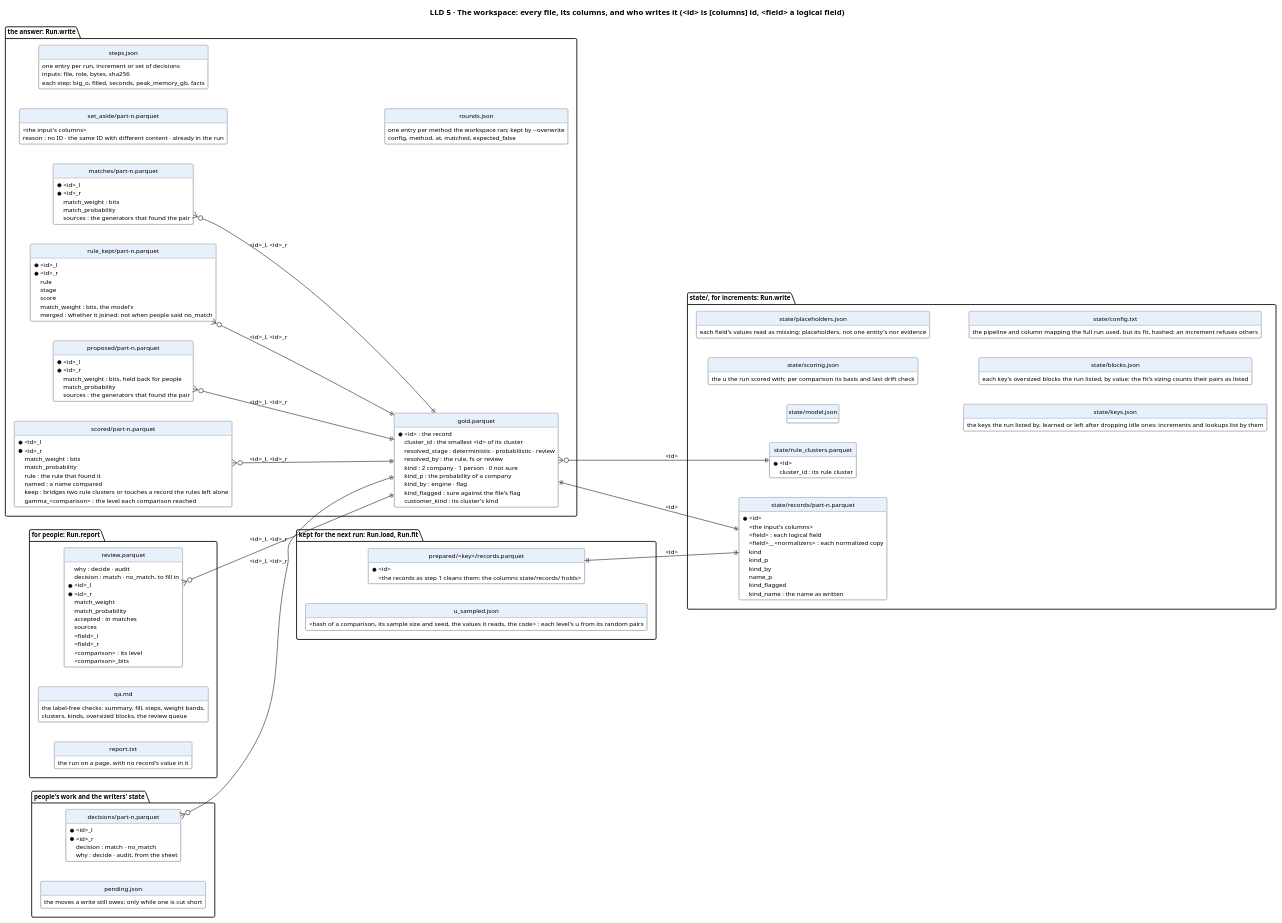
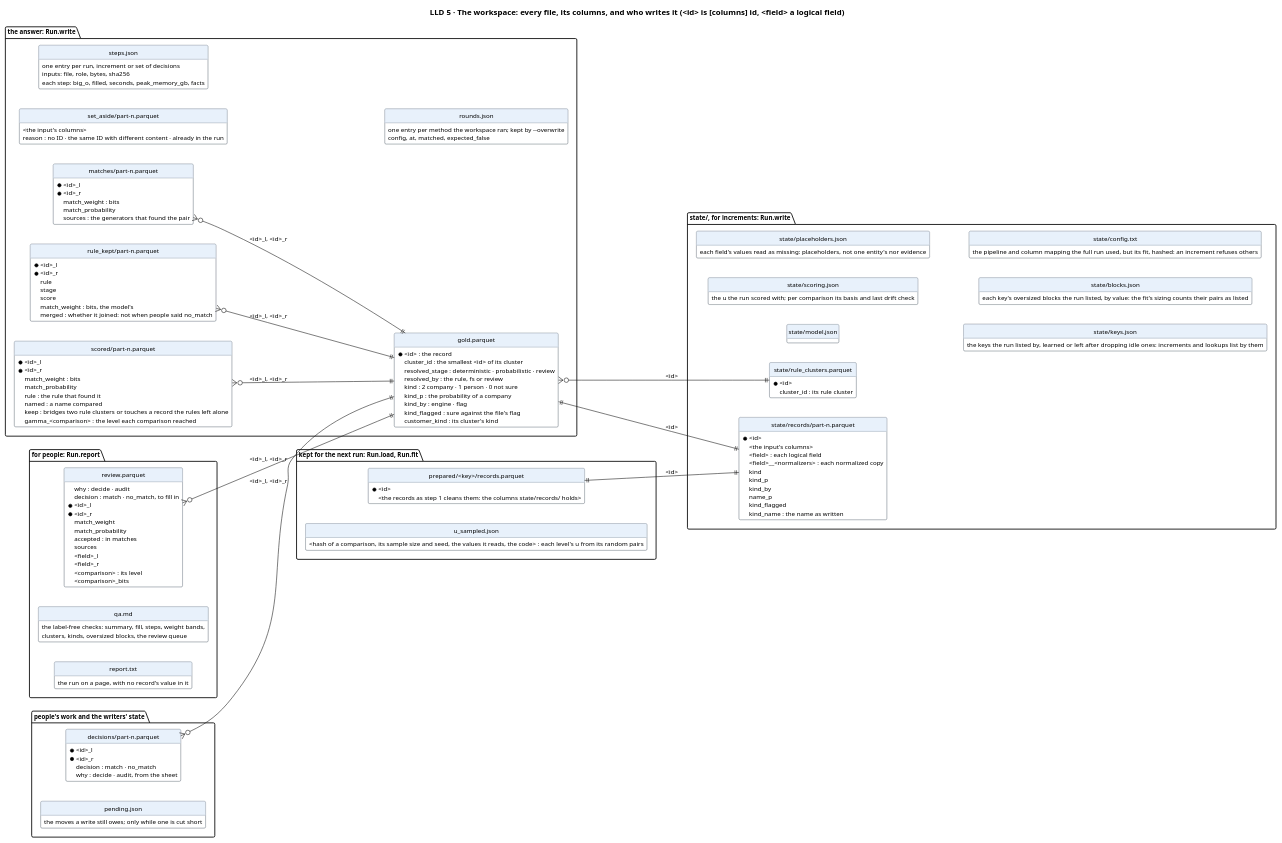
The diagram in docs/diagrams/data.puml (mvsbm/entity_matching), drawn with PlantUML before and after one commit. The commit also changed 30 other files, not shown here.

First line of the commit message:
The method is the pipeline config's and the mapping the settings file's: a workspace's method.toml and columns.toml, the trust line, merge conditions and the proposed pairs go

```diff
--- a/docs/diagrams/data.puml
+++ b/docs/diagrams/data.puml
@@ -1,168 +1,160 @@
 @startuml data
 title LLD 5 · The workspace: every file, its columns, and who writes it (<id> is [columns] id, <field> a logical field)
 set namespaceSeparator none
 left to right direction
 hide circle
 hide methods
 skinparam defaultFontSize 11
 skinparam class {
   BackgroundColor #FFFFFF
   BorderColor #65717E
   HeaderBackgroundColor #E8F1FB
 }
 
 package "the answer: Run.write" {
   entity "gold.parquet" as gold {
     * <id> : the record
     cluster_id : the smallest <id> of its cluster
     resolved_stage : deterministic · probabilistic · review
     resolved_by : the rule, fs or review
     kind : 2 company · 1 person · 0 not sure
     kind_p : the probability of a company
     kind_by : engine · flag
     kind_flagged : sure against the file's flag
     customer_kind : its cluster's kind
   }
   entity "matches/part-n.parquet" as matches {
     * <id>_l
     * <id>_r
     match_weight : bits
     match_probability
     sources : the generators that found the pair
   }
   entity "rule_kept/part-n.parquet" as rule_kept {
     * <id>_l
     * <id>_r
     rule
     stage
     score
     match_weight : bits, the model's
     merged : whether it joined: not when people said no_match
   }
-  entity "proposed/part-n.parquet" as proposed {
-    * <id>_l
-    * <id>_r
-    match_weight : bits, held back for people
-    match_probability
-    sources : the generators that found the pair
-  }
   entity "scored/part-n.parquet" as scored {
     * <id>_l
     * <id>_r
     match_weight : bits
     match_probability
     sources : the generators that found the pair (none: a rule alone)
     rule : the rule that found it
     named : a name compared
     keep : bridges two rule clusters or touches a record the rules left alone
     gamma_<comparison> : the level each comparison reached
   }
   entity "set_aside/part-n.parquet" as set_aside {
     <the input's columns>
     reason : no ID · the same ID with different content · already in the run
   }
   entity "steps.json" as steps {
     one entry per run, increment or set of decisions
     inputs: file, role, bytes, sha256
     each step: big_o, filled, seconds, peak_memory_gb, facts
   }
   entity "rounds.json" as rounds {
     one entry per method the workspace ran; kept by --overwrite
-    config, method, at, matched, expected_false
+    config, at, matched, expected_false
   }
 }
 
 package "state/, for increments: Run.write" {
   entity "state/records/part-n.parquet" as records {
     * <id>
     <the input's columns>
     <field> : each logical field
     <field>__<normalizers> : each normalized copy
     kind
     kind_p
     kind_by
     name_p
     kind_flagged
     kind_name : the name as written
   }
   entity "state/rule_clusters.parquet" as rule_clusters {
     * <id>
     cluster_id : its rule cluster
   }
   entity "state/model.json" as model {
     the model: λ, m and u per level (as Splink 5.0 writes it), the fit's facts
   }
   entity "state/scoring.json" as scoring {
     the u the run scored with; per comparison its basis and last drift check
   }
   entity "state/placeholders.json" as placeholders {
     each field's values read as missing: placeholders, not one entity's nor evidence
   }
   entity "state/keys.json" as keyfile {
     the keys the run listed by, learned or left after dropping idle ones: increments and lookups list by them
   }
   entity "state/blocks.json" as blocks {
     each key's oversized blocks the run listed, by value: the fit's sizing counts their pairs as listed
   }
   entity "state/config.txt" as config {
     the pipeline and column mapping the full run used, but its fit, hashed: an increment refuses others
   }
 }
 
 package "kept for the next run: Run.load, Run.fit" {
   entity "prepared/<key>/records.parquet" as prepared {
     * <id>
     <the records as step 1 cleans them: the columns state/records/ holds>
   }
   entity "u_sampled.json" as usampled {
     <hash of a comparison, its sample size and seed, the values it reads, the code> : each level's u from its random pairs
   }
 }
 
 package "for people: Run.report" {
   entity "review.parquet" as review {
     why : decide · audit
     decision : match · no_match, to fill in
     * <id>_l
     * <id>_r
     match_weight
     match_probability
     accepted : in matches
     sources
     <field>_l
     <field>_r
     <comparison> : its level
     <comparison>_bits
   }
   entity "qa.md" as qa {
     the label-free checks: summary, fill, steps, weight bands,
     clusters, kinds, oversized blocks, the review queue
   }
   entity "report.txt" as report {
     the run on a page, with no record's value in it
   }
 }
 
 package "people's work and the writers' state" {
   entity "decisions/part-n.parquet" as decisions {
     * <id>_l
     * <id>_r
     decision : match · no_match
     why : decide · audit, from the sheet
     round : the round it was decided in (rounds.json)
   }
   entity "pending.json" as pending {
     the moves a write still owes; only while one is cut short
   }
 }
 
 gold }o--|| rule_clusters : <id>
 matches }o--|| gold : <id>_l, <id>_r
 rule_kept }o--|| gold : <id>_l, <id>_r
-proposed }o--|| gold : <id>_l, <id>_r
 scored }o--|| gold : <id>_l, <id>_r
 records ||--|| gold : <id>
 prepared ||--|| records : <id>
 review }o--|| gold : <id>_l, <id>_r
 decisions }o--|| gold : <id>_l, <id>_r
 @enduml
```
